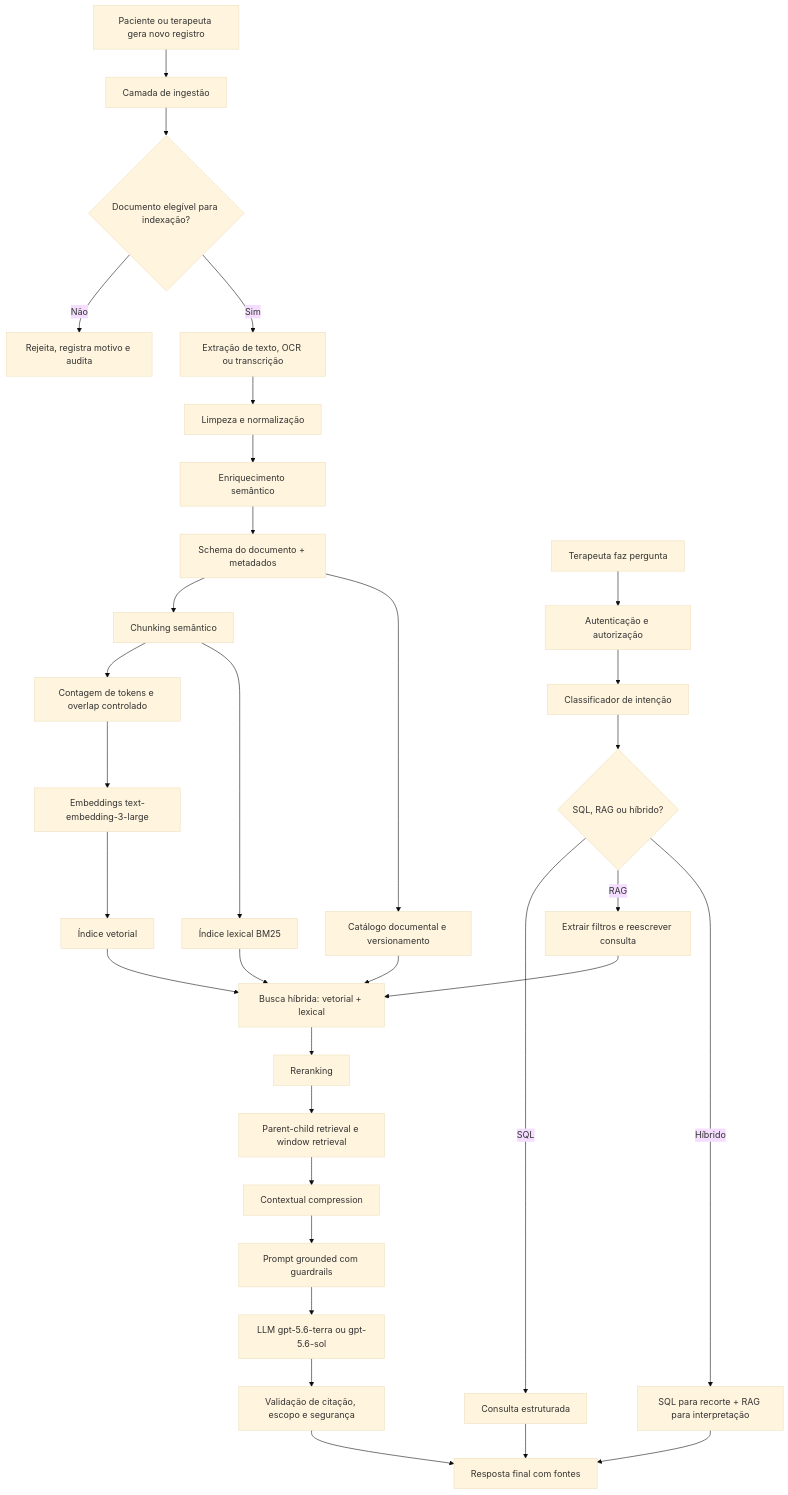
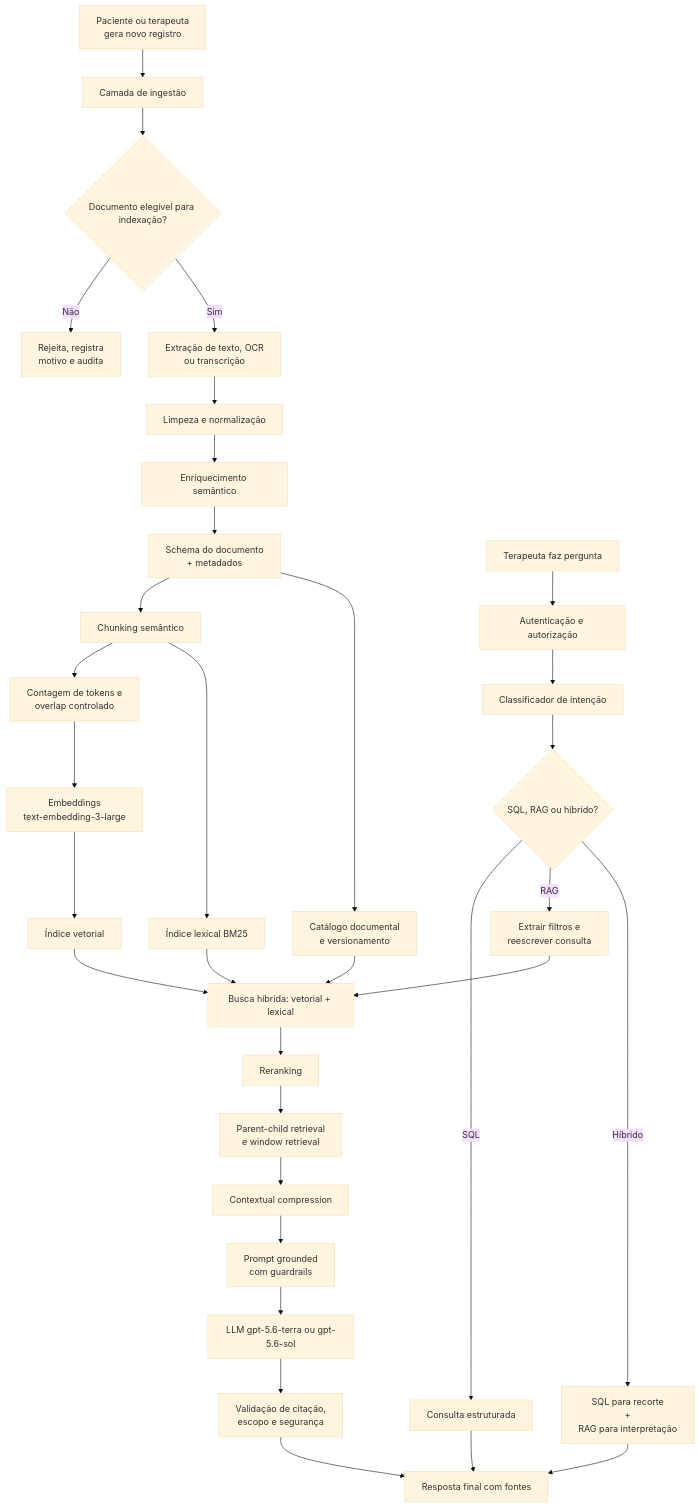
The first of 2 diagrams in AULA_06/cenarios.md (alisson10000/residencia_ia), drawn with Mermaid (base theme) before and after one commit. The commit also changed other lines of this file, not shown here.

Commit message:
Update architecture diagrams with line breaks

````diff
--- a/AULA_06/cenarios.md
+++ b/AULA_06/cenarios.md
@@ -682,37 +682,37 @@
 ```mermaid
 flowchart TD
-    A[Paciente ou terapeuta gera novo registro] --> B[Camada de ingestão]
+    A[Paciente ou terapeuta<br /> gera novo registro] --> B[Camada de ingestão]
     B --> C{Documento elegível para indexação?}
-    C -- Não --> C1[Rejeita, registra motivo e audita]
-    C -- Sim --> D[Extração de texto, OCR ou transcrição]
+    C -- Não --> C1[Rejeita, registra<br /> motivo e audita]
+    C -- Sim --> D[Extração de texto, OCR<br /> ou transcrição]
     D --> E[Limpeza e normalização]
     E --> F[Enriquecimento semântico]
-    F --> G[Schema do documento + metadados]
+    F --> G[Schema do documento <br />+ metadados]
     G --> H[Chunking semântico]
-    H --> I[Contagem de tokens e overlap controlado]
-    I --> J[Embeddings text-embedding-3-large]
+    H --> I[Contagem de tokens e<br /> overlap controlado]
+    I --> J[Embeddings <br />text-embedding-3-large]
     J --> K[Índice vetorial]
     H --> L[Índice lexical BM25]
-    G --> M[Catálogo documental e versionamento]
+    G --> M[Catálogo documental<br /> e versionamento]
 
     N[Terapeuta faz pergunta] --> O[Autenticação e autorização]
     O --> P[Classificador de intenção]
     P --> Q{SQL, RAG ou híbrido?}
     Q -- SQL --> R[Consulta estruturada]
-    Q -- RAG --> S[Extrair filtros e reescrever consulta]
-    Q -- Híbrido --> T[SQL para recorte + RAG para interpretação]
+    Q -- RAG --> S[Extrair filtros e <br /> reescrever consulta]
+    Q -- Híbrido --> T[SQL para recorte<br /> + <br />RAG para interpretação]
 
     S --> U[Busca híbrida: vetorial + lexical]
     K --> U
     L --> U
     M --> U
     U --> V[Reranking]
-    V --> W[Parent-child retrieval e window retrieval]
+    V --> W[Parent-child retrieval <br />e window retrieval]
     W --> X[Contextual compression]
-    X --> Y[Prompt grounded com guardrails]
+    X --> Y[Prompt grounded<br /> com guardrails]
     Y --> Z[LLM gpt-5.6-terra ou gpt-5.6-sol]
-    Z --> AA[Validação de citação, escopo e segurança]
+    Z --> AA[Validação de citação,<br /> escopo e segurança]
     AA --> AB[Resposta final com fontes]
     R --> AB
     T --> AB
 ```
````
